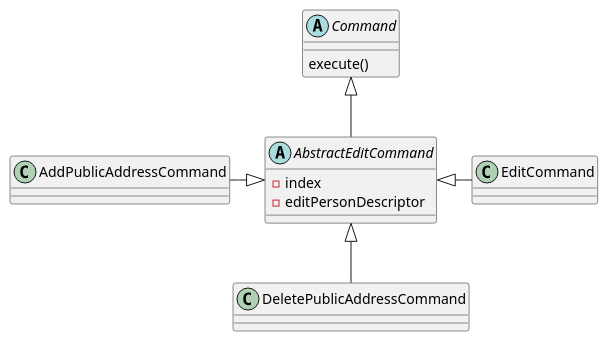
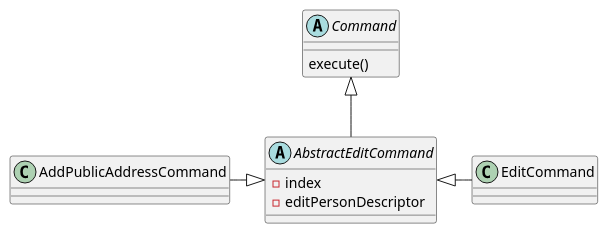
Before and after one commit to chongtzezhao/tp: the diagram in diagrams/AbstractEditCommandClassDiagram.puml, drawn with PlantUML. The commit also changed 27 other files, not shown here.

```diff
--- a/diagrams/AbstractEditCommandClassDiagram.puml
+++ b/diagrams/AbstractEditCommandClassDiagram.puml
@@ -1,19 +1,17 @@
 @startuml
 'https://plantuml.com/class-diagram
 
 abstract Command {
     execute()
 }
 abstract AbstractEditCommand {
     -index
     -editPersonDescriptor
 }
 class EditCommand
 class AddPublicAddressCommand
-class DeletePublicAddressCommand
 Command <|-- AbstractEditCommand
 AbstractEditCommand <|- EditCommand
 AddPublicAddressCommand -|> AbstractEditCommand
-AbstractEditCommand <|-- DeletePublicAddressCommand
 
 @enduml
```
